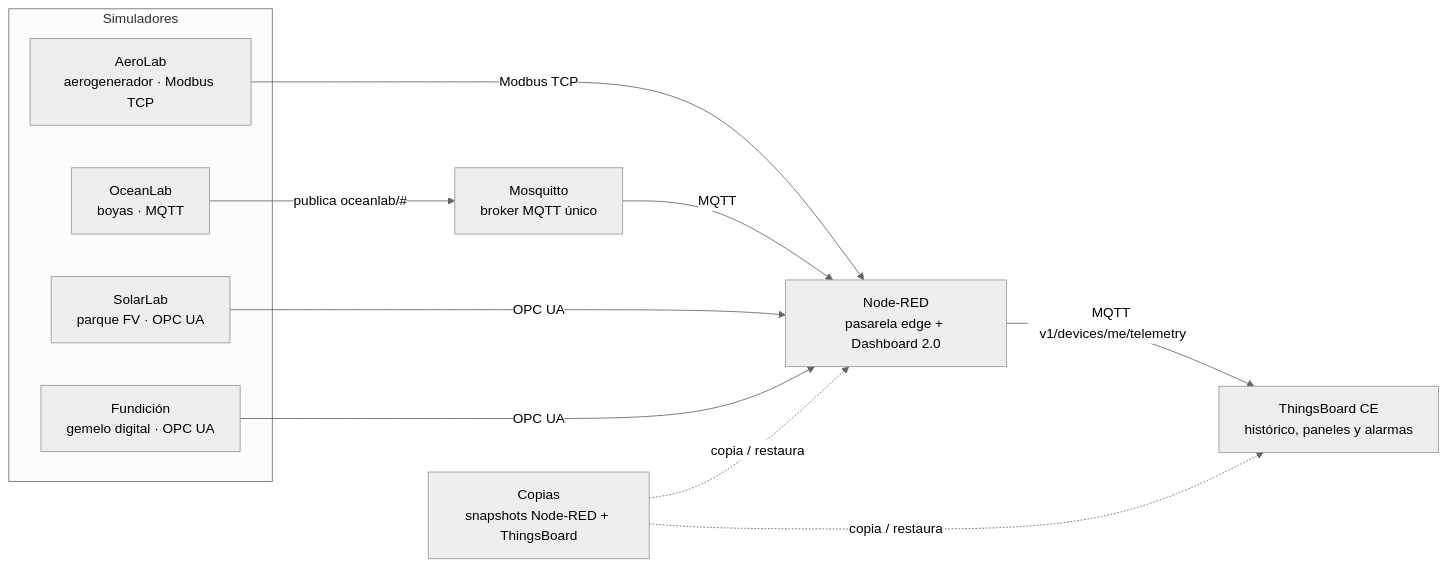
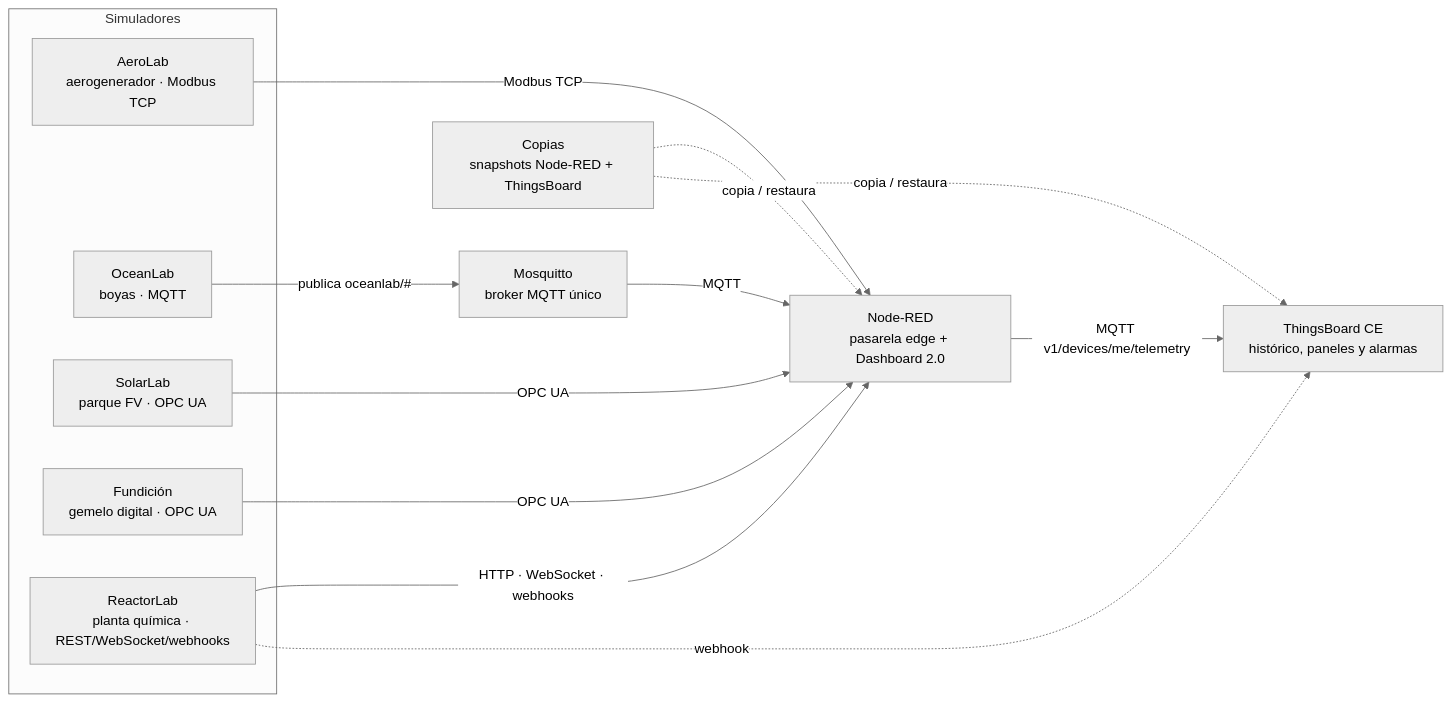
Before and after one commit to gbellido-dev/LabMonitorizacion: the diagram in README.md, drawn with Mermaid (neutral theme). The commit also changed other lines of this file and 20 other files, not shown here.

First line of the commit message:
Prácticas de ReactorLab (Dashboard y ThingsBoard por HTTP)

````diff
--- a/README.md
+++ b/README.md
@@ -5,21 +5,24 @@
 ```mermaid
 flowchart LR
     subgraph Simuladores
         A["AeroLab<br/>aerogenerador · Modbus TCP"]
         O["OceanLab<br/>boyas · MQTT"]
         S["SolarLab<br/>parque FV · OPC UA"]
         F["Fundición<br/>gemelo digital · OPC UA"]
+        R["ReactorLab<br/>planta química · REST/WebSocket/webhooks"]
     end
     N["Node-RED<br/>pasarela edge + Dashboard 2.0"]
     M["Mosquitto<br/>broker MQTT único"]
     T["ThingsBoard CE<br/>histórico, paneles y alarmas"]
     C["Copias<br/>snapshots Node-RED + ThingsBoard"]
     A -- "Modbus TCP" --> N
     O -- "publica oceanlab/#" --> M
     M -- "MQTT" --> N
     S -- "OPC UA" --> N
     F -- "OPC UA" --> N
+    R -- "HTTP · WebSocket · webhooks" --> N
+    R -. "webhook" .-> T
     N -- "MQTT v1/devices/me/telemetry" --> T
     C -. "copia / restaura" .-> N
     C -. "copia / restaura" .-> T
 ```
````
